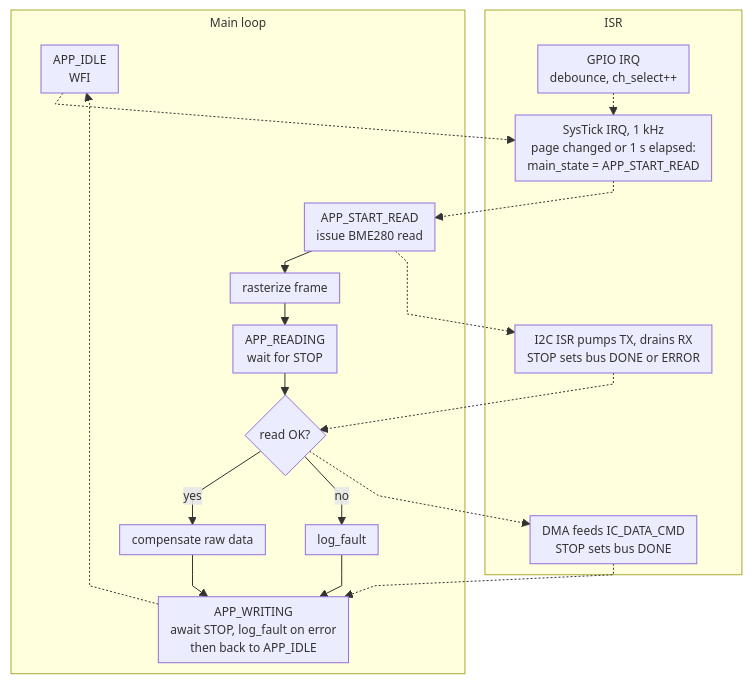
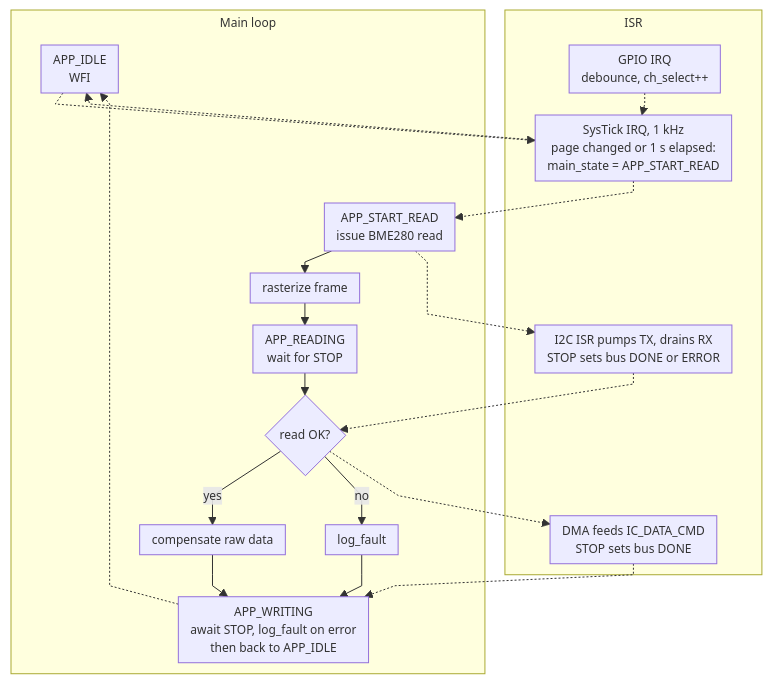
One commit to Vasilis-Narain/rp2350-baremetal-weather-station changed the diagram in README.md. Above: the diagram before and after it, drawn with Mermaid.

````diff
--- a/README.md
+++ b/README.md
@@ -57,30 +57,31 @@
 ```mermaid
 %%{init: {"themeVariables": {"fontSize": "12px"}, "flowchart": {"nodeSpacing": 40, "rankSpacing": 22, "padding": 6, "diagramPadding": 10, "curve": "linear", "subGraphTitleMargin": {"top": 4, "bottom": 20}}}}%%
 flowchart TB
     subgraph MAIN["Main loop"]
         I["APP_IDLE<br/>WFI"]
         S["APP_START_READ<br/>issue BME280 read"] --> R["rasterize frame"]
         R --> RD["APP_READING<br/>wait for STOP"]
         RD --> OK{"read OK?"}
         OK -- yes --> C["compensate raw data"]
         OK -- no --> LF["log_fault"]
         C --> W["APP_WRITING<br/>await STOP, log_fault on error<br/>then back to APP_IDLE"]
         LF --> W
     end
 
     subgraph ISR 
         BTN["GPIO IRQ<br/>debounce, ch_select++"]
         SYS["SysTick IRQ, 1 kHz<br/>page changed or 1 s elapsed:<br/>main_state = APP_START_READ"]
         ISR["I2C ISR pumps TX, drains RX<br/>STOP sets bus DONE or ERROR"]
         DF["DMA feeds IC_DATA_CMD<br/>STOP sets bus DONE"]
     end
 
     I -.-> SYS
+    SYS -.-> I
     BTN -.-> SYS
     SYS -.-> S
     S -.-> ISR
     DF -.-> W
     W -.->I
-ISR -.->OK
-OK -.-> DF
+    ISR -.->OK
+    OK -.-> DF
 ```
````
